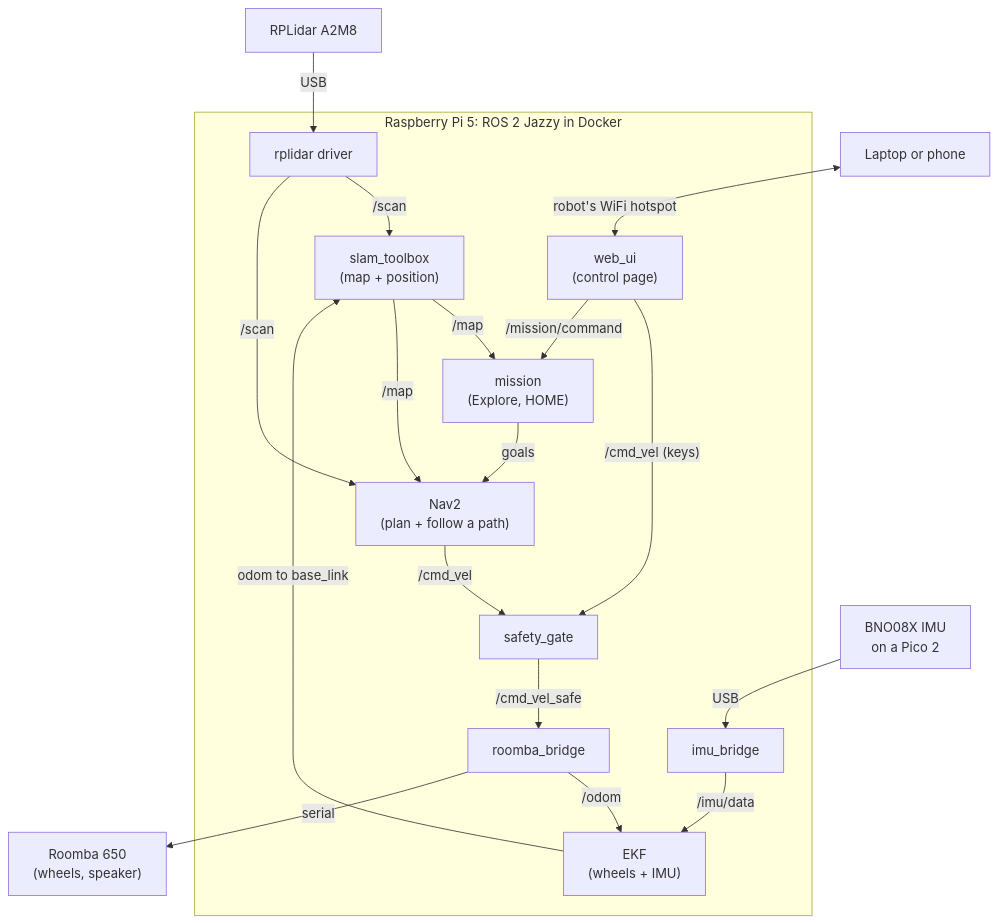
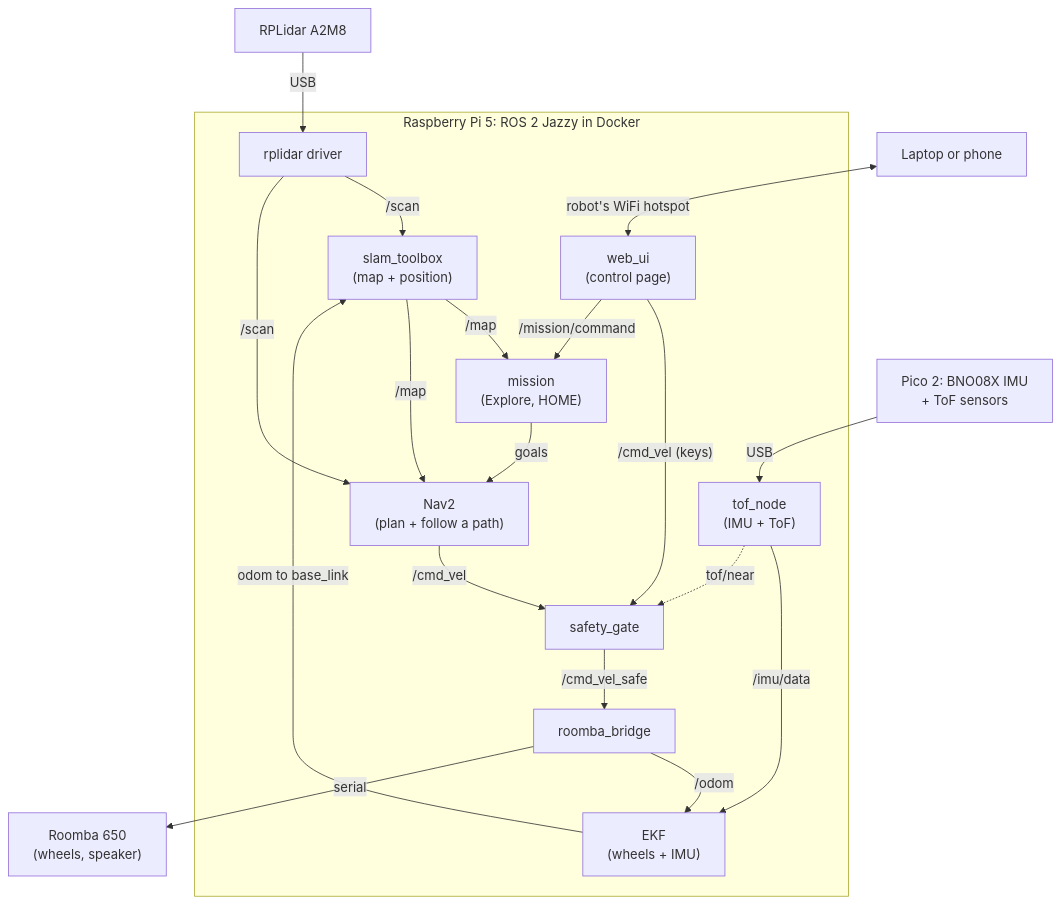
Before and after one commit to SJSU-CMPE-195/group-project-group-37-project-l-u-c-i-a: the diagram in README.md, drawn with Mermaid. The commit also changed other lines of this file and 23 other files, not shown here.

First line of the commit message:
One Pico for IMU + ToF: tof_node publishes /imu/data; fit Noel's code to the robot

````diff
--- a/README.md
+++ b/README.md
@@ -50,32 +50,33 @@
 ```mermaid
 flowchart TB
   subgraph pi["Raspberry Pi 5: ROS 2 Jazzy in Docker"]
     rplidar["rplidar driver"]
-    imu_bridge["imu_bridge"]
+    tof_node["tof_node<br/>(IMU + ToF)"]
     roomba_bridge["roomba_bridge"]
     ekf["EKF<br/>(wheels + IMU)"]
     slam["slam_toolbox<br/>(map + position)"]
     mission["mission<br/>(Explore, HOME)"]
     nav2["Nav2<br/>(plan + follow a path)"]
     gate["safety_gate"]
     web_ui["web_ui<br/>(control page)"]
 
     rplidar -->|"/scan"| slam
     rplidar -->|"/scan"| nav2
-    imu_bridge -->|"/imu/data"| ekf
+    tof_node -->|"/imu/data"| ekf
+    tof_node -.->|"tof/near"| gate
     roomba_bridge -->|"/odom"| ekf
     ekf -->|"odom to base_link"| slam
     slam -->|"/map"| mission
     slam -->|"/map"| nav2
     mission -->|"goals"| nav2
     nav2 -->|"/cmd_vel"| gate
     web_ui -->|"/cmd_vel (keys)"| gate
     web_ui -->|"/mission/command"| mission
     gate -->|"/cmd_vel_safe"| roomba_bridge
   end
 
   lidar["RPLidar A2M8"] -->|USB| rplidar
-  imu["BNO08X IMU<br/>on a Pico 2"] -->|USB| imu_bridge
+  pico["Pico 2: BNO08X IMU<br/>+ ToF sensors"] -->|USB| tof_node
   roomba_bridge -->|serial| roomba["Roomba 650<br/>(wheels, speaker)"]
   browser["Laptop or phone"] <-->|"robot's WiFi hotspot"| web_ui
 ```
````
